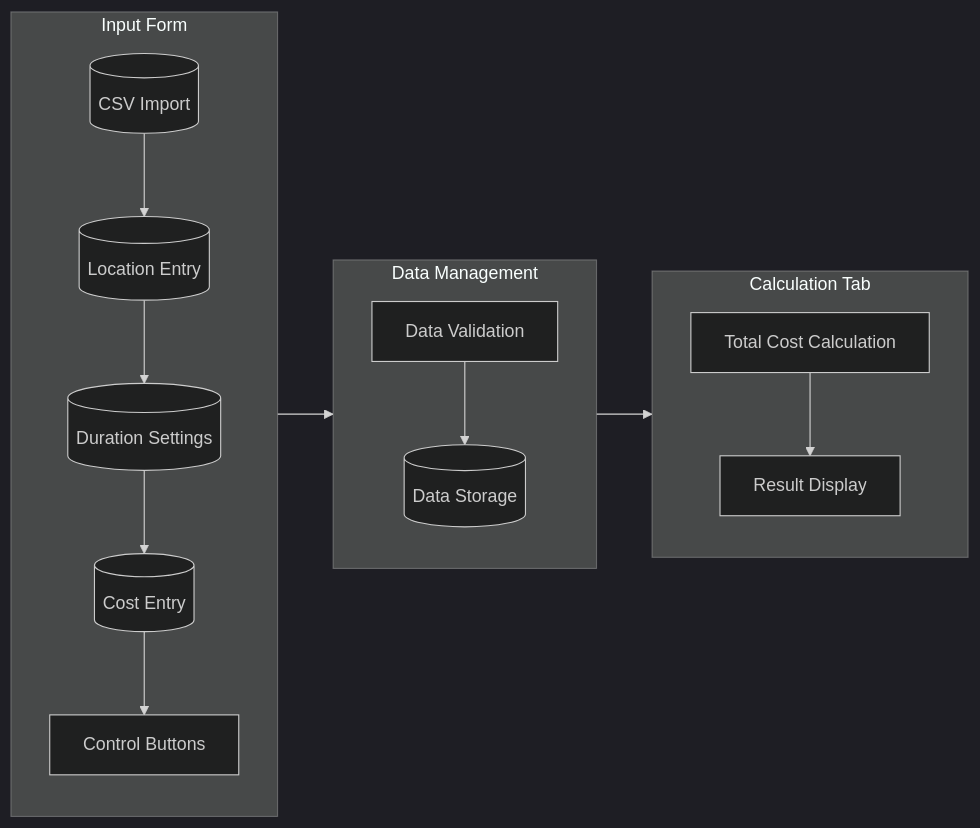
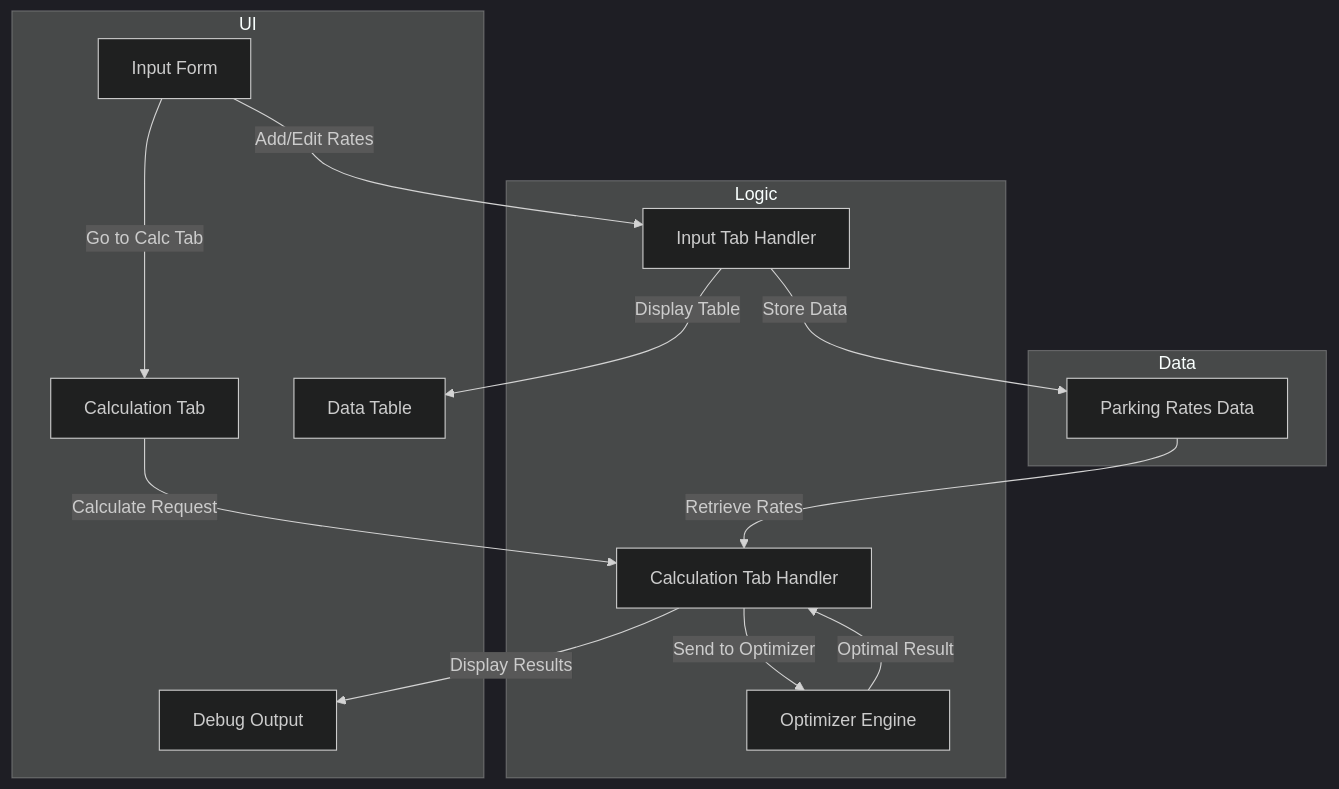
One commit to luisdza/parking-rate-app changed the diagram in README.md. Above: the diagram before and after it, drawn with Mermaid (dark theme). The commit also changed other lines of this file and 4 other files, not shown here.

````diff
--- a/README.md
+++ b/README.md
@@ -35,31 +15,29 @@
 ```mermaid
-flowchart LR
-    subgraph Input["Input Form"]
-        direction TB
-        CSV[("CSV Import")]
-        LOC[("Location Entry")]
-        DUR[("Duration Settings")]
-        COST[("Cost Entry")]
-        CTL["Control Buttons"]
-        CSV --> LOC
-        LOC --> DUR
-        DUR --> COST
-        COST --> CTL
+flowchart TD
+    subgraph UI
+        InputForm["Input Form"]
+        CalcTab["Calculation Tab"]
+        DataTable["Data Table"]
+        DebugOutput["Debug Output"]
     end
-
-    subgraph DataStore["Data Management"]
-        direction TB
-        VAL["Data Validation"]
-        STORE[("Data Storage")]
-        VAL --> STORE
+    
+    subgraph Data
+        RatesData["Parking Rates Data"]
     end
-
-    subgraph Calculation["Calculation Tab"]
-        TOTAL["Total Cost Calculation"]
-        DISPLAY["Result Display"]
-        TOTAL --> DISPLAY
+    
+    subgraph Logic
+        InputHandler["Input Tab Handler"]
+        CalcHandler["Calculation Tab Handler"]
+        OptimizerEngine["Optimizer Engine"]
     end
-
-    Input --> DataStore
-    DataStore --> Calculation
+    
+    InputForm -->|Add/Edit Rates| InputHandler
+    InputHandler -->|Store Data| RatesData
+    CalcTab -->|Calculate Request| CalcHandler
+    RatesData -->|Retrieve Rates| CalcHandler
+    CalcHandler -->|Send to Optimizer| OptimizerEngine
+    OptimizerEngine -->|Optimal Result| CalcHandler
+    CalcHandler -->|Display Results| DebugOutput
+    InputHandler -->|Display Table| DataTable
+    InputForm -->|"Go to Calc Tab"| CalcTab
 ```
````
